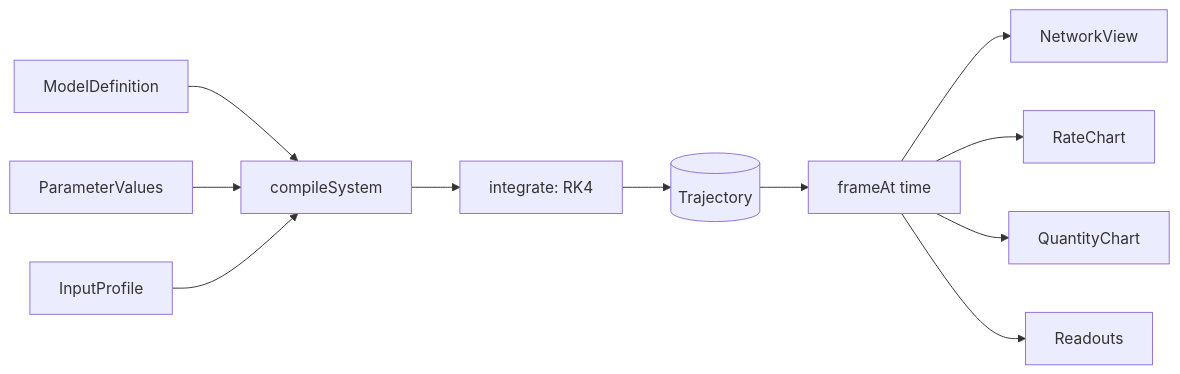
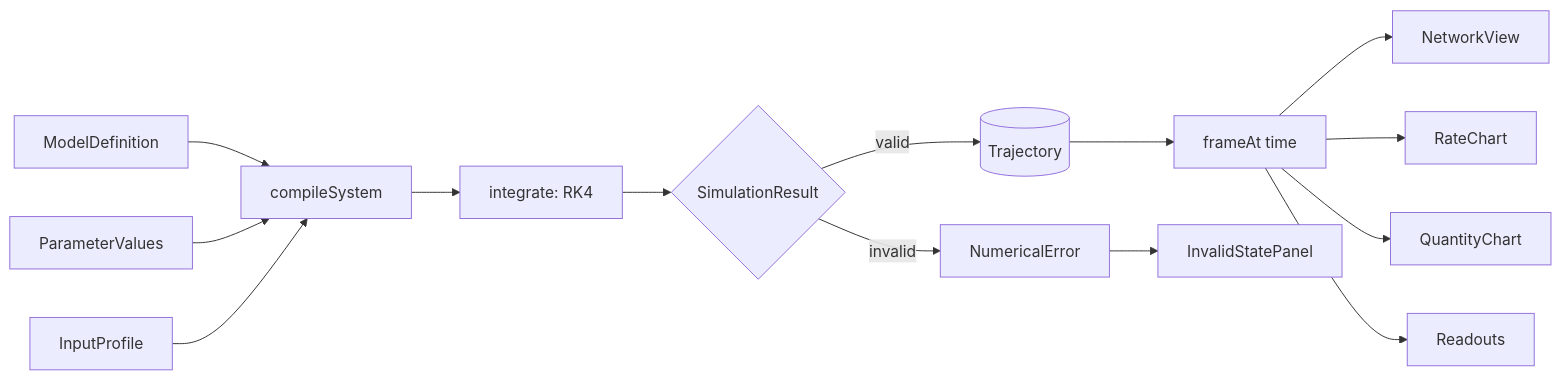
Before and after one commit to yktsnd/dynamusium: the diagram in docs/architecture.md, drawn with Mermaid. The commit also changed other lines of this file and 26 other files, not shown here.

First line of the commit message:
fix: surface invalid numerical trajectories safely

````diff
--- a/docs/architecture.md
+++ b/docs/architecture.md
@@ -14,13 +20,16 @@
 ```mermaid
 flowchart LR
     M[ModelDefinition] --> C[compileSystem]
     P[ParameterValues] --> C
     F[InputProfile] --> C
     C --> I[integrate: RK4]
-    I --> T[(Trajectory)]
+    I --> R{SimulationResult}
+    R -->|valid| T[(Trajectory)]
+    R -->|invalid| E[NumericalError]
     T --> FA[frameAt time]
     FA --> NV[NetworkView]
     FA --> RC[RateChart]
     FA --> QC[QuantityChart]
     FA --> RO[Readouts]
+    E --> IP[InvalidStatePanel]
 ```
````
